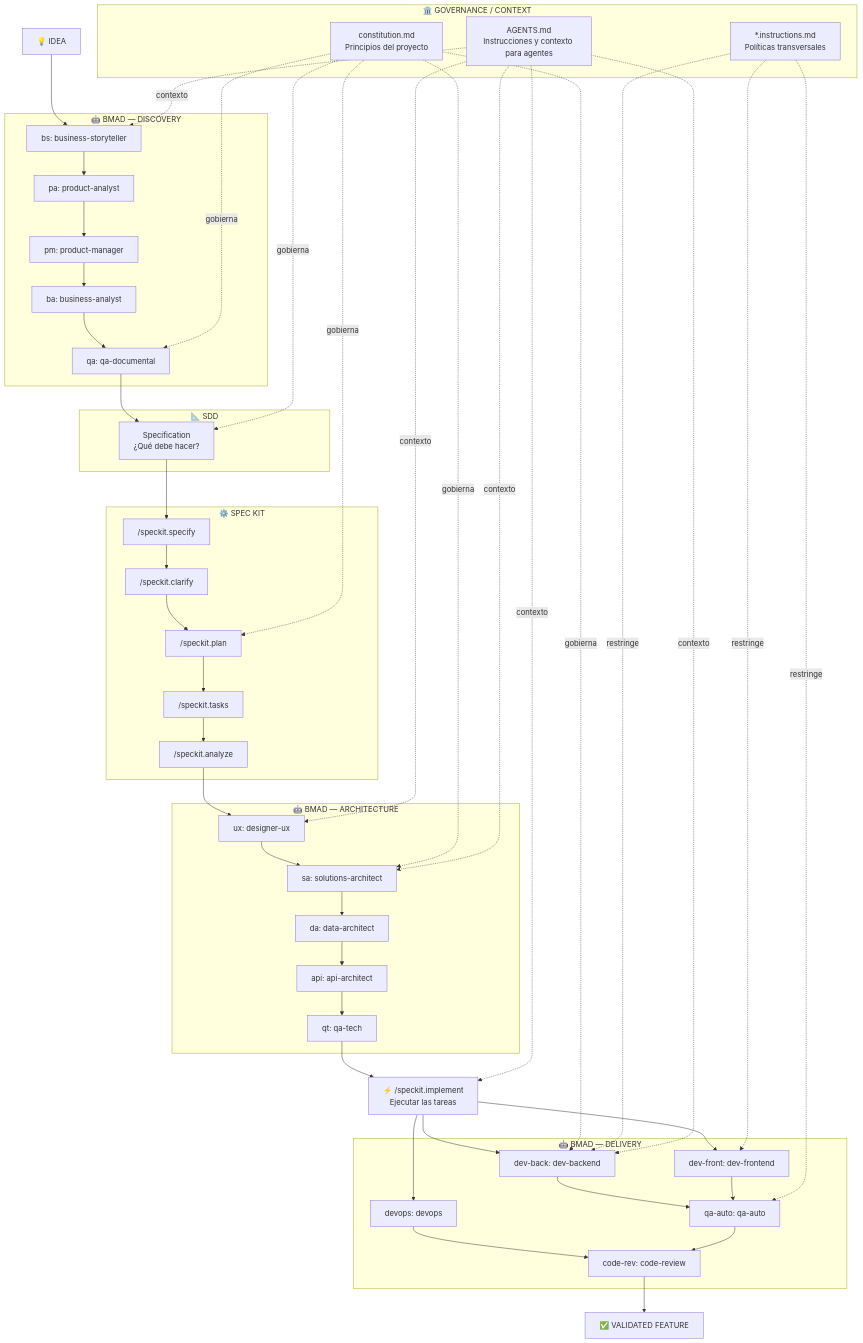
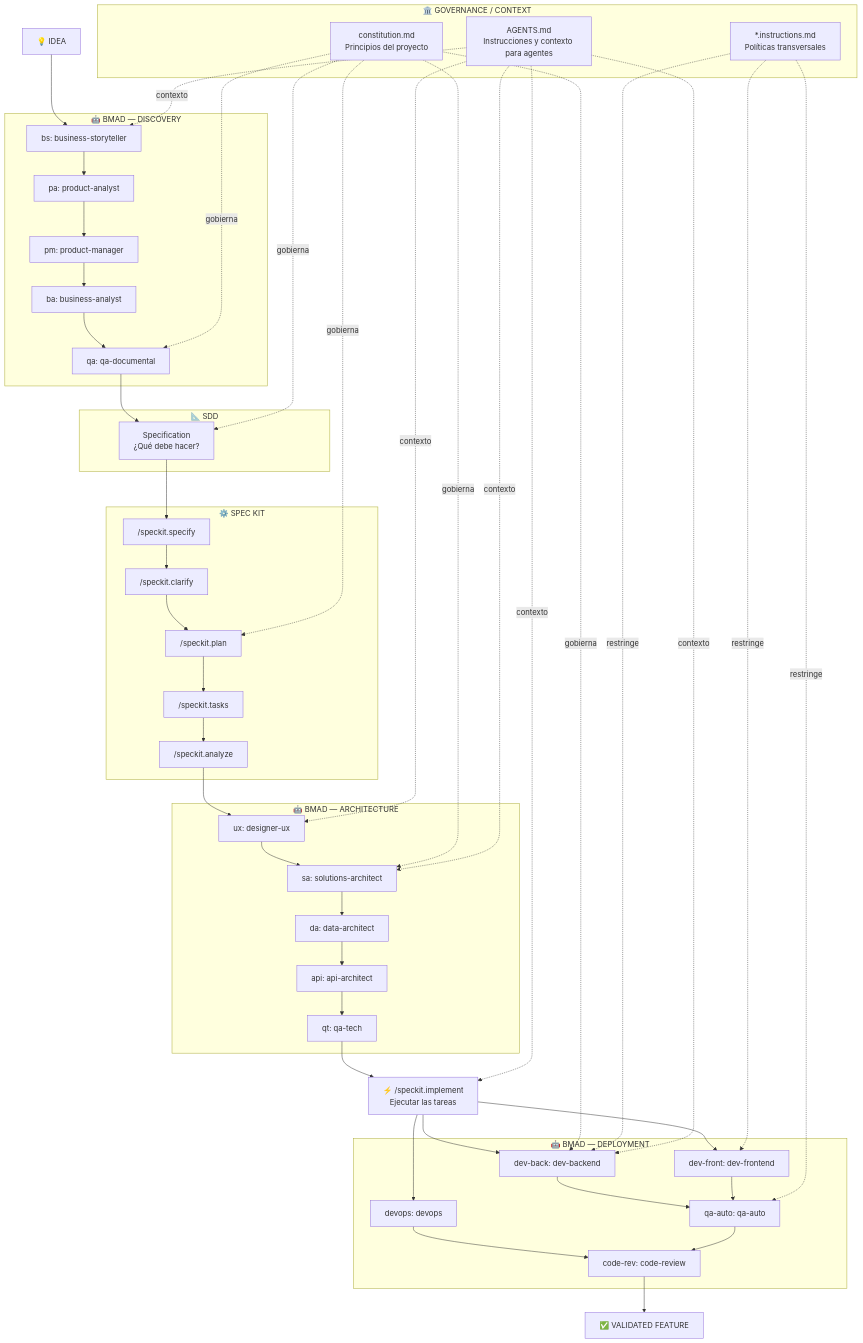
The third of 3 diagrams in DIAGRAMAS.md (pauloravicaceres/template-bmad), drawn with Mermaid before and after one commit. The commit also changed other lines of this file and 318 other files, not shown here.

```diff
--- a/DIAGRAMAS.md
+++ b/DIAGRAMAS.md
@@ -223,7 +223,7 @@
 
     IMP["⚡ /speckit.implement<br/>Ejecutar las tareas"]
 
-    subgraph DELIVERY["🤖 BMAD — DELIVERY"]
+    subgraph DEPLOYMENT["🤖 BMAD — DEPLOYMENT"]
         DEVOPS["devops: devops"]
         DEV_B["dev-back: dev-backend"]
         DEV_F["dev-front: dev-frontend"]
```
